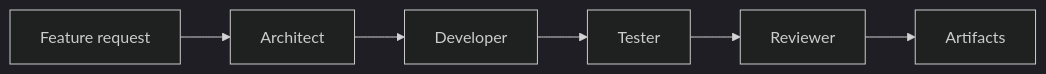
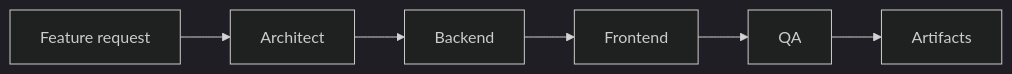
Before and after one commit to sisques-labs/takumi: the diagram in README.md, drawn with Mermaid (dark theme). The commit also changed other lines of this file and 12 other files, not shown here.

````diff
--- a/README.md
+++ b/README.md
@@ -25,8 +25,8 @@
 ```mermaid
 flowchart LR
     task[Feature request] --> architect[Architect]
-    architect --> developer[Developer]
-    developer --> tester[Tester]
-    tester --> reviewer[Reviewer]
-    reviewer --> output[Artifacts]
+    architect --> backend[Backend]
+    backend --> frontend[Frontend]
+    frontend --> qa[QA]
+    qa --> output[Artifacts]
 ```
````
